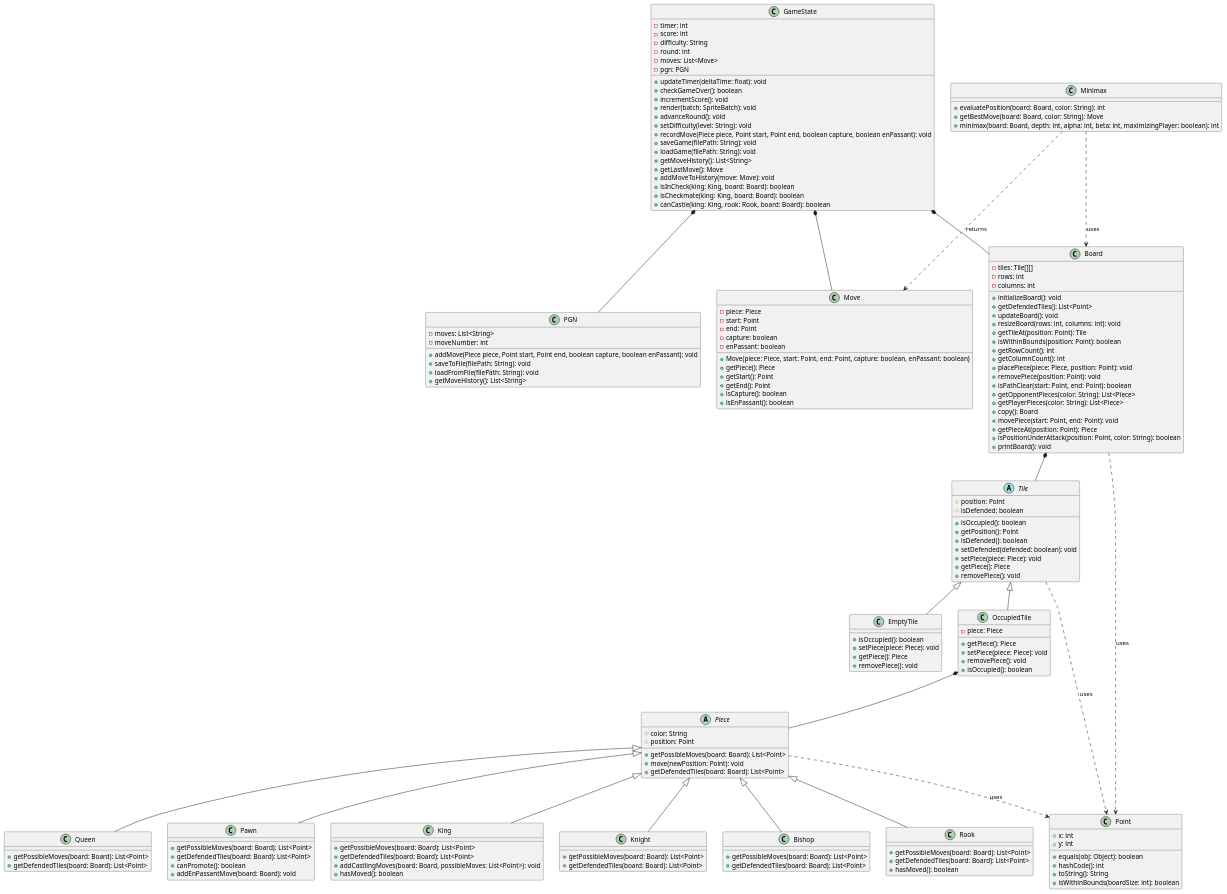
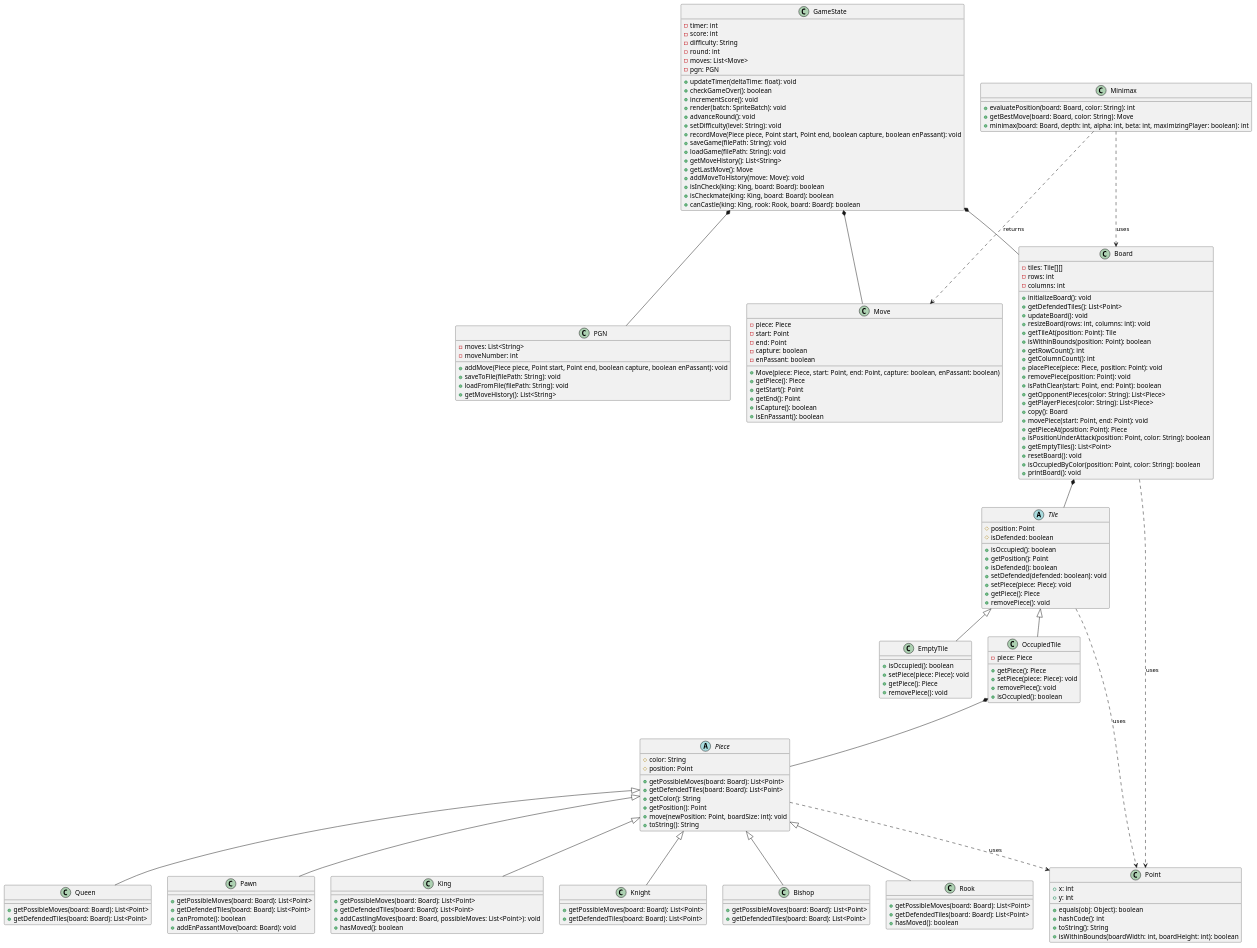
The diagram in UML/WithoutTest.puml (TerminalGambit/PCOO-projetfinal), drawn with PlantUML before and after one commit. The commit also changed 3 other files, not shown here.

```diff
--- a/UML/WithoutTest.puml
+++ b/UML/WithoutTest.puml
@@ -1,171 +1,177 @@
 @startuml
 
 class Point {
     +x: int
     +y: int
     +equals(obj: Object): boolean
     +hashCode(): int
     +toString(): String
-    +isWithinBounds(boardSize: int): boolean
+    +isWithinBounds(boardWidth: int, boardHeight: int): boolean
 }
 
 abstract class Tile {
     #position: Point
     #isDefended: boolean
     +isOccupied(): boolean
     +getPosition(): Point
     +isDefended(): boolean
     +setDefended(defended: boolean): void
     +setPiece(piece: Piece): void
     +getPiece(): Piece
     +removePiece(): void
 }
 
 class EmptyTile extends Tile {
     +isOccupied(): boolean
     +setPiece(piece: Piece): void
     +getPiece(): Piece
     +removePiece(): void
 }
 
 class OccupiedTile extends Tile {
     -piece: Piece
     +getPiece(): Piece
     +setPiece(piece: Piece): void
     +removePiece(): void
     +isOccupied(): boolean
 }
 
 abstract class Piece {
     #color: String
     #position: Point
     +getPossibleMoves(board: Board): List<Point>
-    +move(newPosition: Point): void
     +getDefendedTiles(board: Board): List<Point>
+    +getColor(): String
+    +getPosition(): Point
+    +move(newPosition: Point, boardSize: int): void
+    +toString(): String
 }
 
 class King extends Piece {
     +getPossibleMoves(board: Board): List<Point>
     +getDefendedTiles(board: Board): List<Point>
     +addCastlingMoves(board: Board, possibleMoves: List<Point>): void
     +hasMoved(): boolean
 }
 
 class Knight extends Piece {
     +getPossibleMoves(board: Board): List<Point>
     +getDefendedTiles(board: Board): List<Point>
 }
 
 class Bishop extends Piece {
     +getPossibleMoves(board: Board): List<Point>
     +getDefendedTiles(board: Board): List<Point>
 }
 
 class Rook extends Piece {
     +getPossibleMoves(board: Board): List<Point>
     +getDefendedTiles(board: Board): List<Point>
     +hasMoved(): boolean
 }
 
 class Queen extends Piece {
     +getPossibleMoves(board: Board): List<Point>
     +getDefendedTiles(board: Board): List<Point>
 }
 
 class Pawn extends Piece {
     +getPossibleMoves(board: Board): List<Point>
     +getDefendedTiles(board: Board): List<Point>
     +canPromote(): boolean
     +addEnPassantMove(board: Board): void
 }
 
 class Board {
     -tiles: Tile[][]
     -rows: int
     -columns: int
     +initializeBoard(): void
     +getDefendedTiles(): List<Point>
     +updateBoard(): void
     +resizeBoard(rows: int, columns: int): void
     +getTileAt(position: Point): Tile
     +isWithinBounds(position: Point): boolean
     +getRowCount(): int
     +getColumnCount(): int
     +placePiece(piece: Piece, position: Point): void
     +removePiece(position: Point): void
     +isPathClear(start: Point, end: Point): boolean
     +getOpponentPieces(color: String): List<Piece>
     +getPlayerPieces(color: String): List<Piece>
     +copy(): Board
     +movePiece(start: Point, end: Point): void
     +getPieceAt(position: Point): Piece
     +isPositionUnderAttack(position: Point, color: String): boolean
+    +getEmptyTiles(): List<Point>
+    +resetBoard(): void
+    +isOccupiedByColor(position: Point, color: String): boolean
     +printBoard(): void
 }
 
 class GameState {
     -timer: int
     -score: int
     -difficulty: String
     -round: int
     -moves: List<Move>
     -pgn: PGN
     +updateTimer(deltaTime: float): void
     +checkGameOver(): boolean
     +incrementScore(): void
     +render(batch: SpriteBatch): void
     +advanceRound(): void
     +setDifficulty(level: String): void
     +recordMove(Piece piece, Point start, Point end, boolean capture, boolean enPassant): void
     +saveGame(filePath: String): void
     +loadGame(filePath: String): void
     +getMoveHistory(): List<String>
     +getLastMove(): Move
     +addMoveToHistory(move: Move): void
     +isInCheck(king: King, board: Board): boolean
     +isCheckmate(king: King, board: Board): boolean
     +canCastle(king: King, rook: Rook, board: Board): boolean
 }
 
 class PGN {
     -moves: List<String>
     -moveNumber: int
     +addMove(Piece piece, Point start, Point end, boolean capture, boolean enPassant): void
     +saveToFile(filePath: String): void
     +loadFromFile(filePath: String): void
     +getMoveHistory(): List<String>
 }
 
 class Minimax {
     +evaluatePosition(board: Board, color: String): int
     +getBestMove(board: Board, color: String): Move
     +minimax(board: Board, depth: int, alpha: int, beta: int, maximizingPlayer: boolean): int
 }
 
 class Move {
     -piece: Piece
     -start: Point
     -end: Point
     -capture: boolean
     -enPassant: boolean
     +Move(piece: Piece, start: Point, end: Point, capture: boolean, enPassant: boolean)
     +getPiece(): Piece
     +getStart(): Point
     +getEnd(): Point
     +isCapture(): boolean
     +isEnPassant(): boolean
 }
 
 OccupiedTile *-- Piece
 Board *-- Tile
 GameState *-- Board
 GameState *-- PGN
 GameState *-- Move
 Minimax ..> Board : uses
 Minimax ..> Move : returns
 
 Tile ..> Point : uses
 Piece ..> Point : uses
 Board ..> Point : uses
 
 @enduml
```
